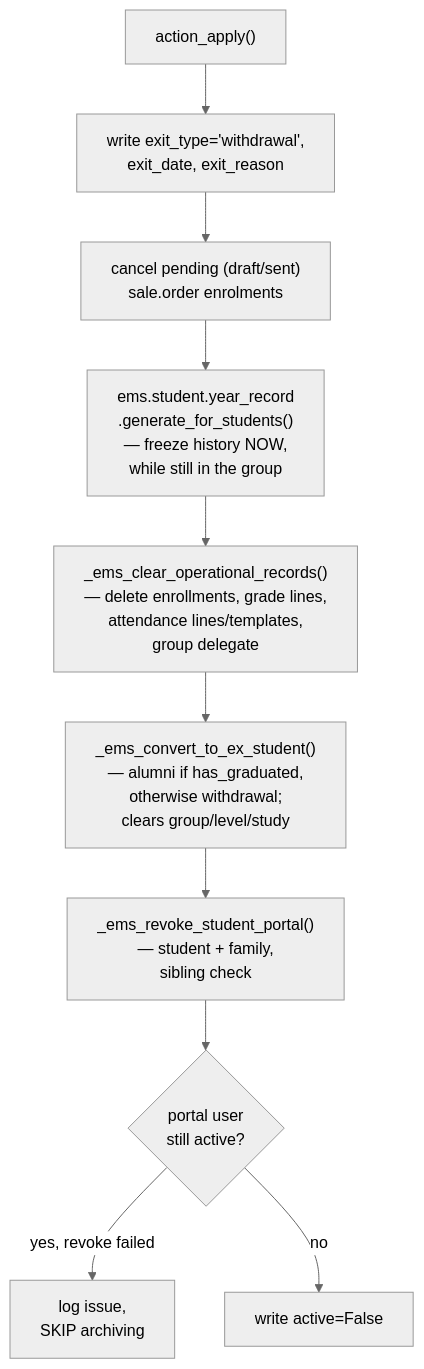
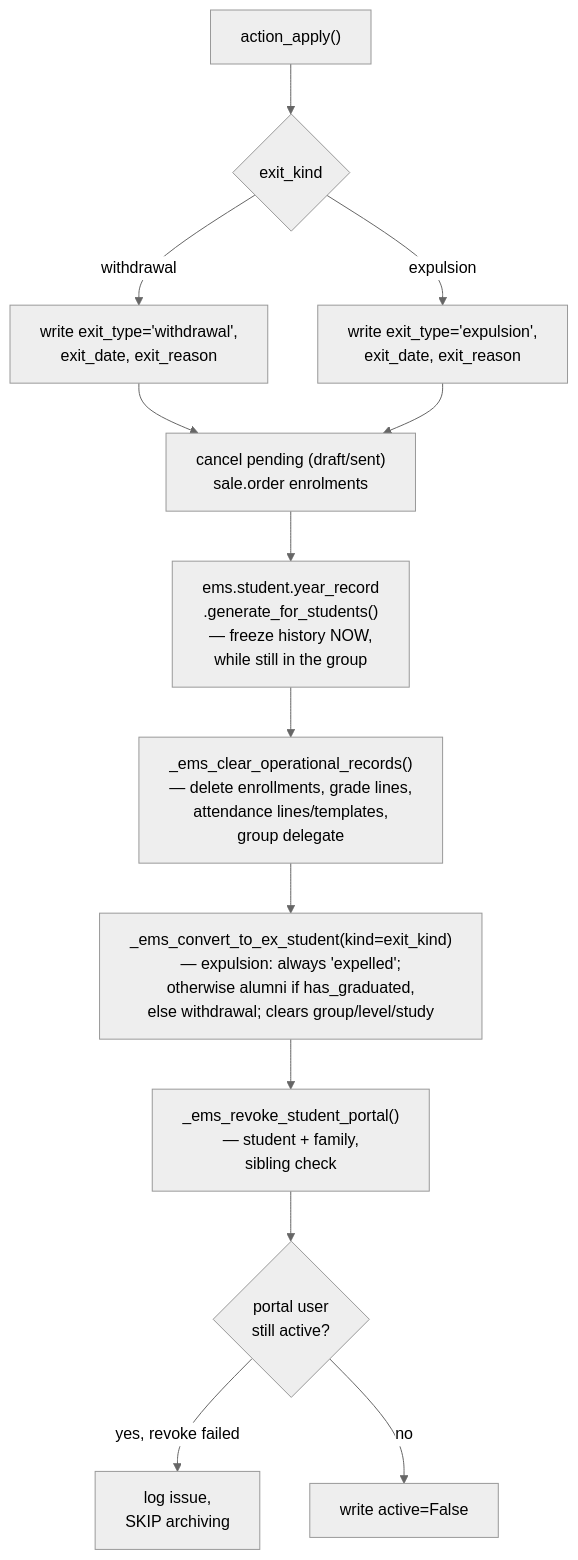
One commit to ElPuig/EMS changed the second of 2 diagrams in docs/en/developers/contacts/exit_wizards.md. Above: the diagram before and after it, drawn with Mermaid (neutral theme). The commit also changed other lines of this file and 40 other files, not shown here.

Commit message:
ribbon colors (not working) + expelled student

````diff
--- a/docs/en/developers/contacts/exit_wizards.md
+++ b/docs/en/developers/contacts/exit_wizards.md
@@ -32,12 +32,15 @@
 ```mermaid
 flowchart TD
-    A["action_apply()"] --> B["write exit_type='withdrawal',\nexit_date, exit_reason"]
+    A["action_apply()"] --> K{"exit_kind"}
+    K -- withdrawal --> B["write exit_type='withdrawal',\nexit_date, exit_reason"]
+    K -- expulsion --> B2["write exit_type='expulsion',\nexit_date, exit_reason"]
     B --> C["cancel pending (draft/sent)\nsale.order enrolments"]
+    B2 --> C
     C --> D["ems.student.year_record\n.generate_for_students()\n— freeze history NOW,\nwhile still in the group"]
     D --> E["_ems_clear_operational_records()\n— delete enrollments, grade lines,\nattendance lines/templates,\ngroup delegate"]
-    E --> F["_ems_convert_to_ex_student()\n— alumni if has_graduated,\notherwise withdrawal;\nclears group/level/study"]
+    E --> F["_ems_convert_to_ex_student(kind=exit_kind)\n— expulsion: always 'expelled';\notherwise alumni if has_graduated,\nelse withdrawal; clears group/level/study"]
     F --> G["_ems_revoke_student_portal()\n— student + family,\nsibling check"]
     G --> H{"portal user\nstill active?"}
     H -- yes, revoke failed --> I["log issue,\nSKIP archiving"]
     H -- no --> J["write active=False"]
 ```
````
